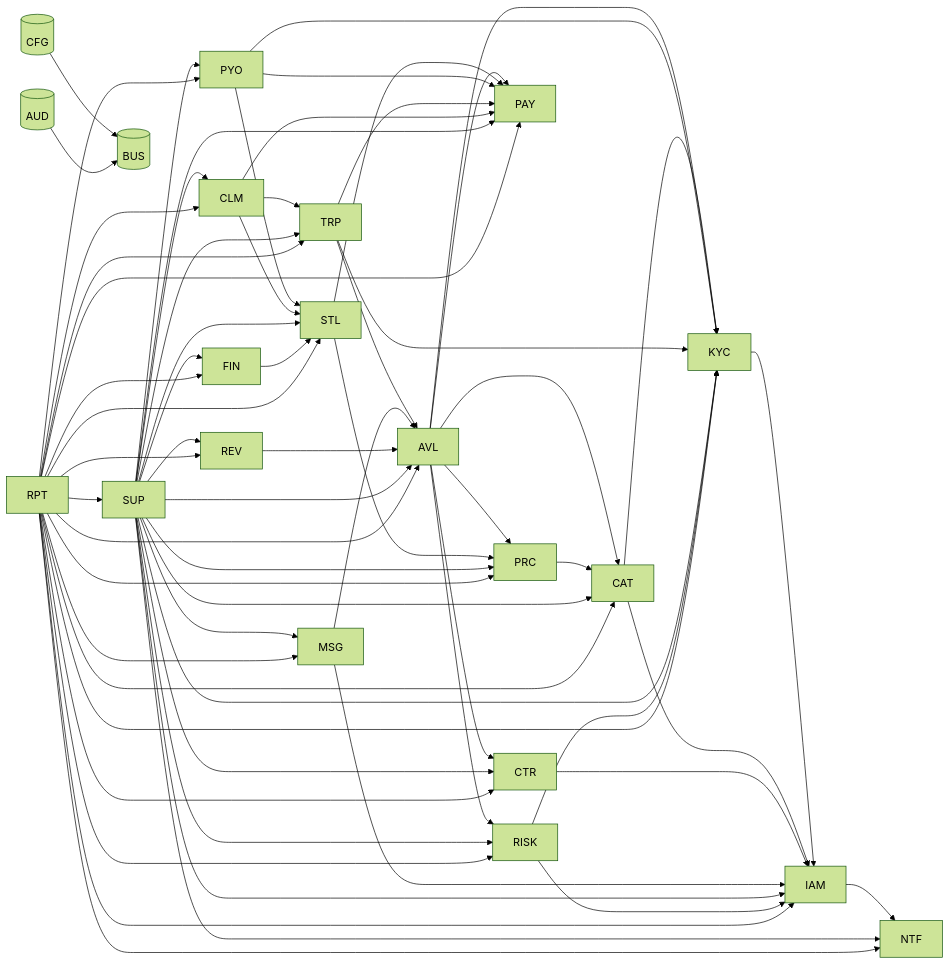
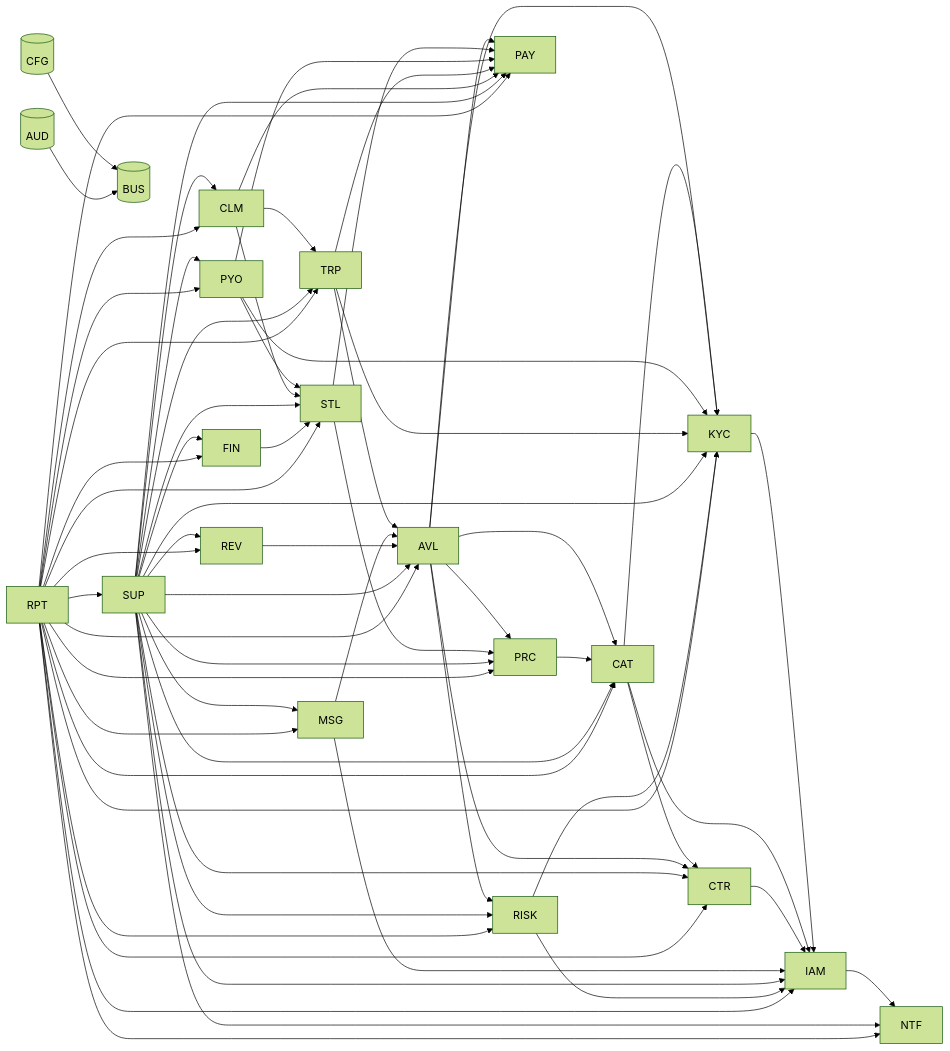
One commit to Noamgitpty/rueda changed the first of 2 diagrams in docs/architecture/modules.md. Above: the diagram before and after it, drawn with Mermaid (forest theme). The commit also changed other lines of this file and 11 other files, not shown here.

```diff
--- a/docs/architecture/modules.md
+++ b/docs/architecture/modules.md
@@ -36,6 +36,7 @@
   KYC --> IAM
   CAT --> IAM
   CAT --> KYC
+  CAT --> CTR
   AVL --> PRC
   AVL --> PAY
   AVL --> CTR
```
